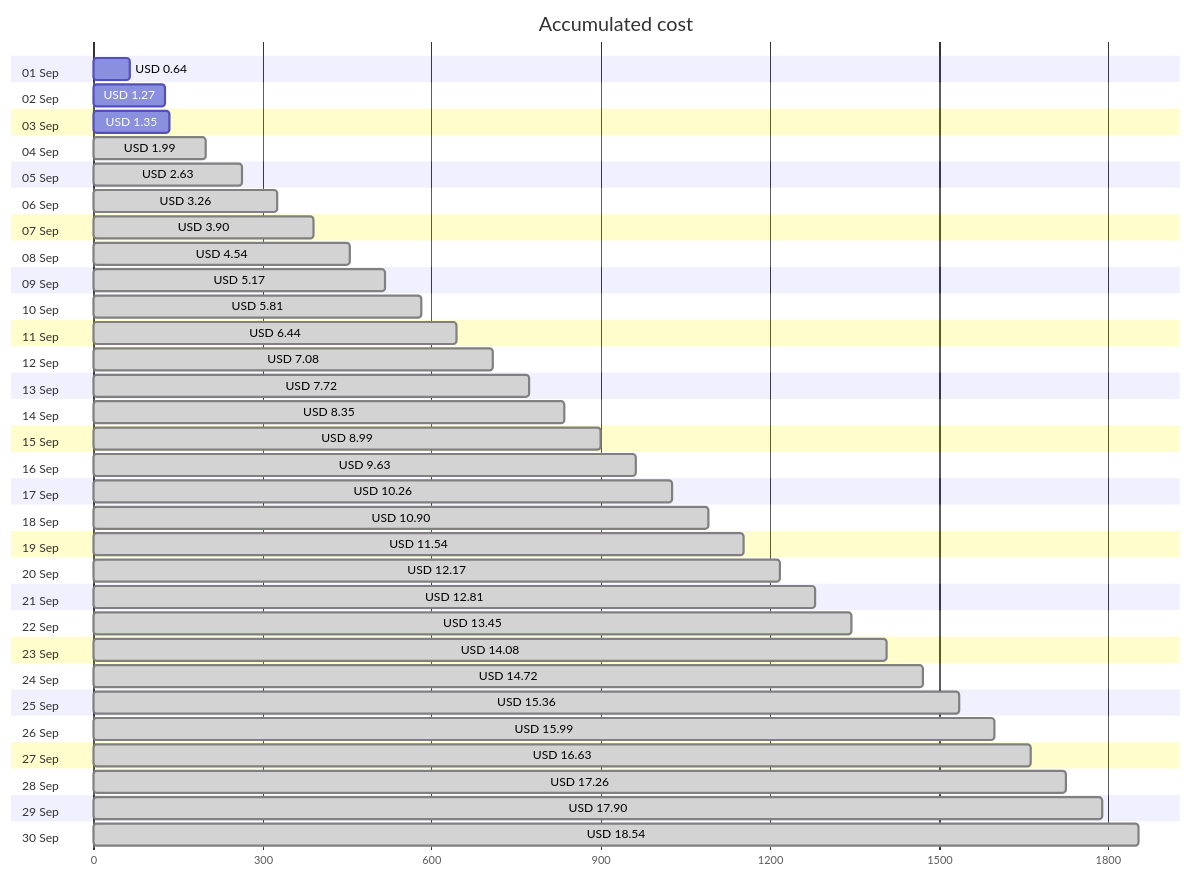
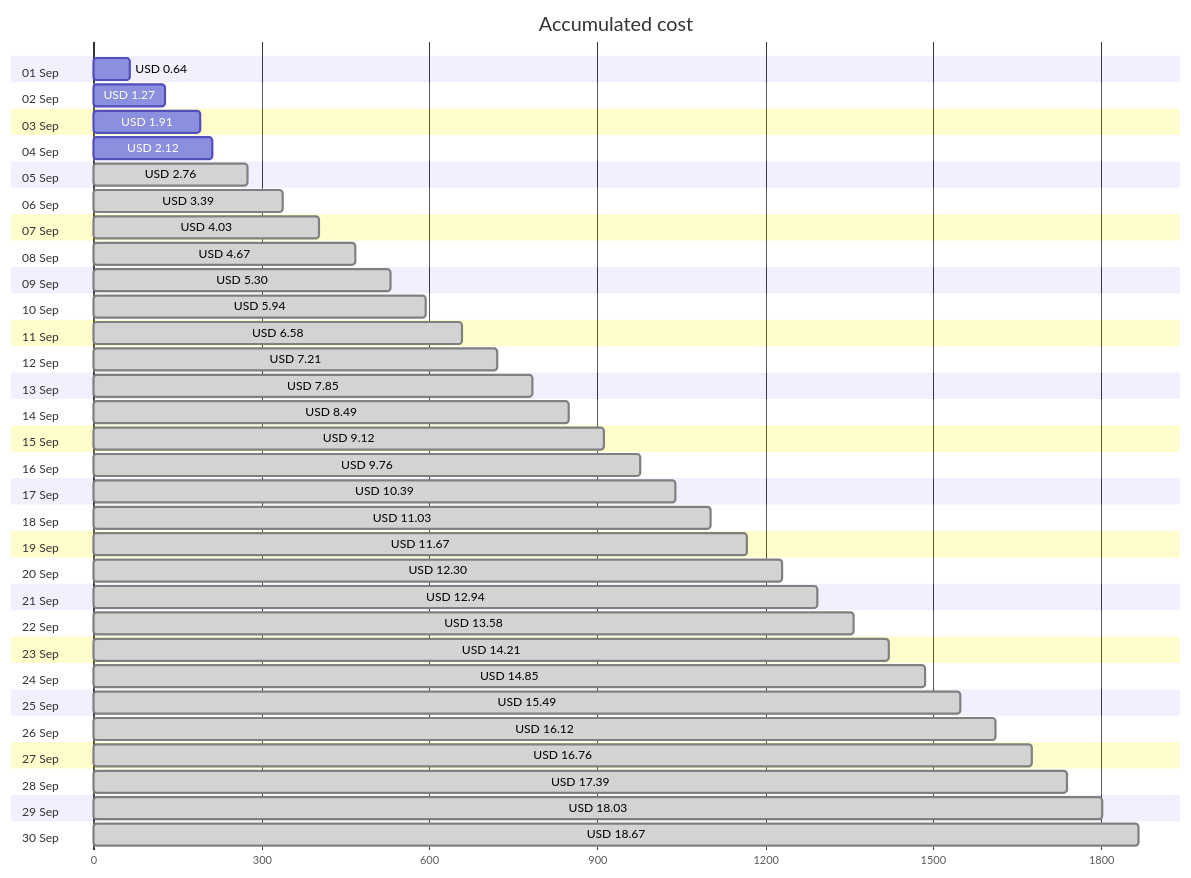
Before and after one commit to jpfulton/azure-personal-reports: the first of 4 diagrams in cost-reports/accumulated-cost.md, drawn with Mermaid. The commit also changed other lines of this file and 4 other files, not shown here.

````diff
--- a/cost-reports/accumulated-cost.md
+++ b/cost-reports/accumulated-cost.md
@@ -20,66 +20,66 @@
 ```mermaid
 gantt
    title Accumulated cost
    dateFormat  X
    axisFormat %s
    section 01 Sep
    USD 0.64 :0, 64
    section 02 Sep
    USD 1.27 :0, 127
    section 03 Sep
-   USD 1.35 :0, 135
+   USD 1.91 :0, 191
    section 04 Sep
-   USD 1.99 : done, 0, 199
+   USD 2.12 :0, 212
    section 05 Sep
-   USD 2.63 : done, 0, 263
+   USD 2.76 : done, 0, 276
    section 06 Sep
-   USD 3.26 : done, 0, 326
+   USD 3.39 : done, 0, 339
    section 07 Sep
-   USD 3.90 : done, 0, 390
+   USD 4.03 : done, 0, 403
    section 08 Sep
-   USD 4.54 : done, 0, 454
+   USD 4.67 : done, 0, 467
    section 09 Sep
-   USD 5.17 : done, 0, 517
+   USD 5.30 : done, 0, 530
    section 10 Sep
-   USD 5.81 : done, 0, 581
+   USD 5.94 : done, 0, 594
    section 11 Sep
-   USD 6.44 : done, 0, 644
+   USD 6.58 : done, 0, 658
    section 12 Sep
-   USD 7.08 : done, 0, 708
+   USD 7.21 : done, 0, 721
    section 13 Sep
-   USD 7.72 : done, 0, 772
+   USD 7.85 : done, 0, 785
    section 14 Sep
-   USD 8.35 : done, 0, 835
+   USD 8.49 : done, 0, 849
    section 15 Sep
-   USD 8.99 : done, 0, 899
+   USD 9.12 : done, 0, 912
    section 16 Sep
-   USD 9.63 : done, 0, 963
+   USD 9.76 : done, 0, 976
    section 17 Sep
-   USD 10.26 : done, 0, 1026
+   USD 10.39 : done, 0, 1039
    section 18 Sep
-   USD 10.90 : done, 0, 1090
+   USD 11.03 : done, 0, 1103
    section 19 Sep
-   USD 11.54 : done, 0, 1154
+   USD 11.67 : done, 0, 1167
    section 20 Sep
-   USD 12.17 : done, 0, 1217
+   USD 12.30 : done, 0, 1230
    section 21 Sep
-   USD 12.81 : done, 0, 1281
+   USD 12.94 : done, 0, 1294
    section 22 Sep
-   USD 13.45 : done, 0, 1345
+   USD 13.58 : done, 0, 1358
    section 23 Sep
-   USD 14.08 : done, 0, 1408
+   USD 14.21 : done, 0, 1421
    section 24 Sep
-   USD 14.72 : done, 0, 1472
+   USD 14.85 : done, 0, 1485
    section 25 Sep
-   USD 15.36 : done, 0, 1536
+   USD 15.49 : done, 0, 1549
    section 26 Sep
-   USD 15.99 : done, 0, 1599
+   USD 16.12 : done, 0, 1612
    section 27 Sep
-   USD 16.63 : done, 0, 1663
+   USD 16.76 : done, 0, 1676
    section 28 Sep
-   USD 17.26 : done, 0, 1726
+   USD 17.39 : done, 0, 1739
    section 29 Sep
-   USD 17.90 : done, 0, 1790
+   USD 18.03 : done, 0, 1803
    section 30 Sep
-   USD 18.54 : done, 0, 1854
+   USD 18.67 : done, 0, 1867
 ```
````
